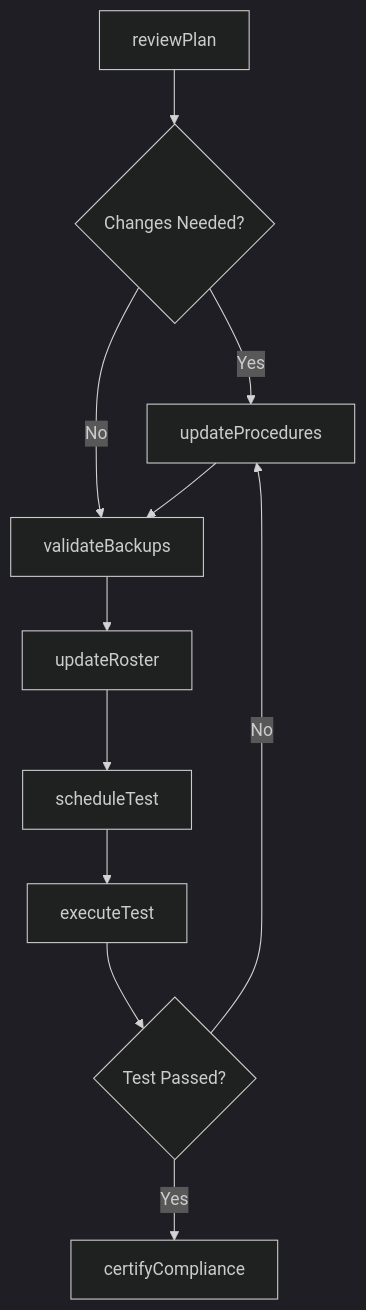
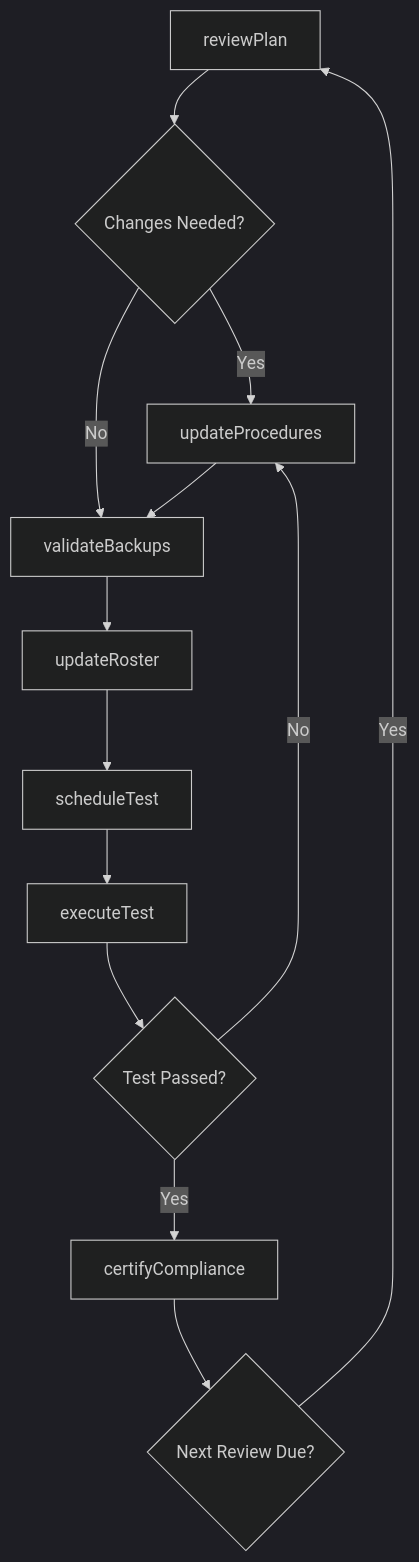
The third of 4 diagrams in ThinkingCreatively/DevelopContingencyOrEmergencyResponsePlans/MaintainContingencyPlansDisasterRecovery.mdx (dot-org-ai/tasks.org.ai), drawn with Mermaid (dark theme) before and after one commit. The commit also changed other lines of this file and 504 other files, not shown here.

First line of the commit message:
feat: Add ER diagrams, state diagrams, and workflow improvements to 96 DWA task files

````diff
--- a/ThinkingCreatively/DevelopContingencyOrEmergencyResponsePlans/MaintainContingencyPlansDisasterRecovery.mdx
+++ b/ThinkingCreatively/DevelopContingencyOrEmergencyResponsePlans/MaintainContingencyPlansDisasterRecovery.mdx
@@ -86,13 +117,15 @@
 ```mermaid
 graph TD
     A[reviewPlan] --> B{Changes Needed?}
     B -->|Yes| C[updateProcedures]
     B -->|No| D[validateBackups]
     C --> D
     D --> E[updateRoster]
     E --> F[scheduleTest]
     F --> G[executeTest]
     G --> H{Test Passed?}
     H -->|No| C
     H -->|Yes| I[certifyCompliance]
+    I --> J{Next Review Due?}
+    J -->|Yes| A
 ```
````
